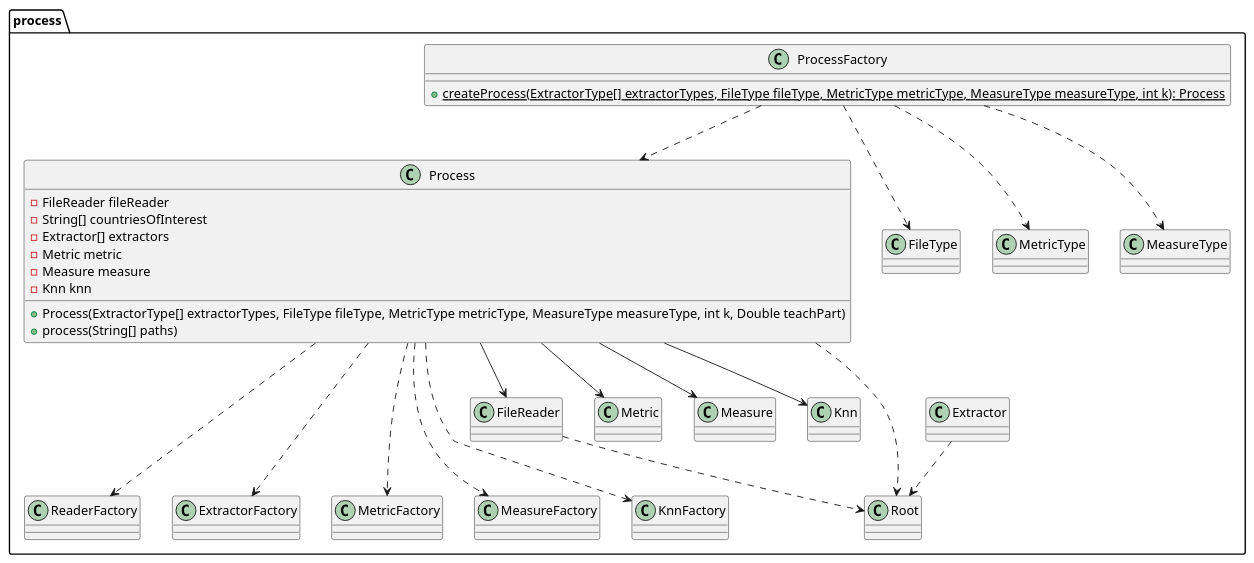
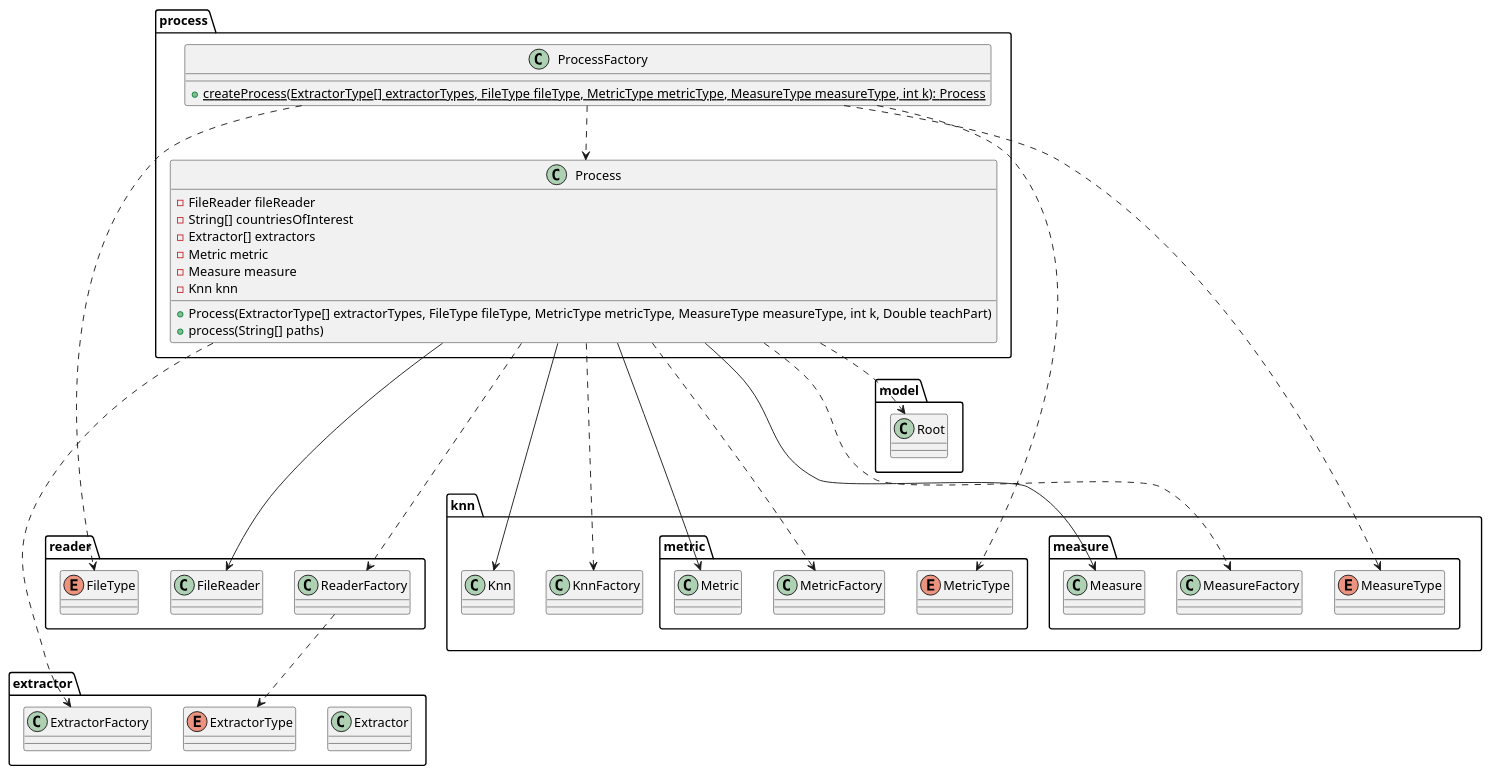
Before and after one commit to kambed/Computer-Recognition-Systems: the eighth of 10 diagrams in README.md, drawn with PlantUML. The commit also changed other lines of this file, not shown here.

Commit message:
Add dependencies

````diff
--- a/README.md
+++ b/README.md
@@ -292,33 +324,59 @@
 ```plantuml
 package process {
-        class Process {
-            - FileReader fileReader
-            - String[] countriesOfInterest
-            - Extractor[] extractors
-            - Metric metric
-            - Measure measure
-            - Knn knn
-            + Process(ExtractorType[] extractorTypes, FileType fileType, MetricType metricType, MeasureType measureType, int k, Double teachPart)
-            + process(String[] paths)
-        }
-        Process ...> ReaderFactory
-        Process ...> ExtractorFactory
-        Process ...> MetricFactory
-        Process ...> MeasureFactory
-        Process ...> KnnFactory
-        Process --> FileReader
-        Process --> Metric
-        Process --> Measure
-        Process --> Knn
-        FileReader ..> Root
-        Extractor ..> Root
-        Process ..> Root
-        class ProcessFactory {
-            + {static} createProcess(ExtractorType[] extractorTypes, FileType fileType, MetricType metricType, MeasureType measureType, int k): Process
-        }
-        ProcessFactory ..> Process
-        ProcessFactory ..> FileType
-        ProcessFactory ..> MetricType
-        ProcessFactory ..> MeasureType
+    class Process {
+        - FileReader fileReader
+        - String[] countriesOfInterest
+        - Extractor[] extractors
+        - Metric metric
+        - Measure measure
+        - Knn knn
+        + Process(ExtractorType[] extractorTypes, FileType fileType, MetricType metricType, MeasureType measureType, int k, Double teachPart)
+        + process(String[] paths)
     }
+    class ProcessFactory {
+        + {static} createProcess(ExtractorType[] extractorTypes, FileType fileType, MetricType metricType, MeasureType measureType, int k): Process
+    }
+}
+package reader {
+    class FileReader
+    class ReaderFactory
+    enum FileType
+}
+package extractor {
+    class Extractor
+    class ExtractorFactory
+    enum ExtractorType
+}
+package knn {
+    class Knn
+    class KnnFactory
+    package metric {
+        class Metric
+        class MetricFactory
+        enum MetricType
+    }
+    package measure {
+        class Measure
+        class MeasureFactory
+        enum MeasureType
+    }
+}
+package model {
+    class Root
+}
+Process ...> ReaderFactory
+Process ...> ExtractorFactory
+Process ...> MetricFactory
+Process ...> MeasureFactory
+Process ...> KnnFactory
+Process --> FileReader
+Process --> Metric
+Process --> Measure
+Process --> Knn
+Process ..> Root
+ProcessFactory ..> Process
+ProcessFactory ..> FileType
+ProcessFactory ..> MetricType
+ProcessFactory ..> MeasureType
+ReaderFactory ..> ExtractorType
 ```
````
